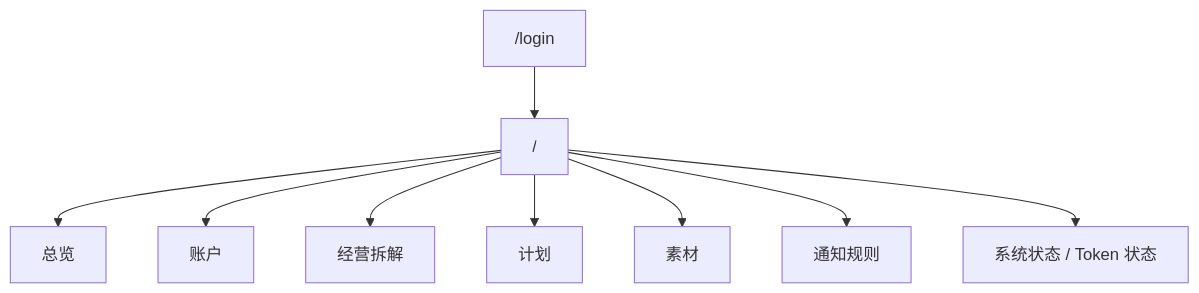
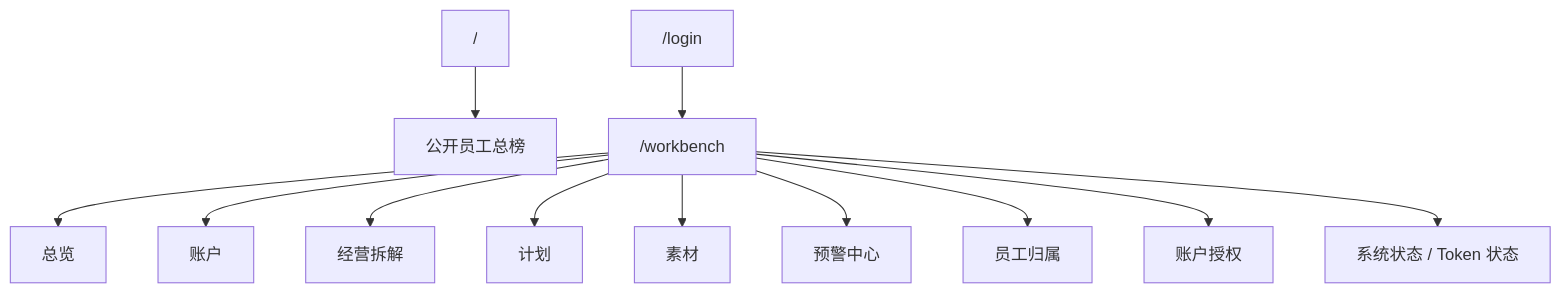
Before and after one commit to qa288/qc2026: the diagram in docs/standard/02_页面与交互说明.md, drawn with Mermaid. The commit also changed other lines of this file and 27 other files, not shown here.

Commit message:
Refactor workbench flows and add balance alerts

````diff
--- a/docs/standard/02_页面与交互说明.md
+++ b/docs/standard/02_页面与交互说明.md
@@ -5,11 +5,14 @@
 ```mermaid
 flowchart TD
-    A["/login"] --> B["/"]
-    B --> B1["总览"]
-    B --> B2["账户"]
-    B --> B3["经营拆解"]
-    B --> B4["计划"]
-    B --> B5["素材"]
-    B --> B6["通知规则"]
-    B --> B7["系统状态 / Token 状态"]
+    A["/"] --> A1["公开员工总榜"]
+    B["/login"] --> C["/workbench"]
+    C --> C1["总览"]
+    C --> C2["账户"]
+    C --> C3["经营拆解"]
+    C --> C4["计划"]
+    C --> C5["素材"]
+    C --> C6["预警中心"]
+    C --> C7["员工归属"]
+    C --> C8["账户授权"]
+    C --> C9["系统状态 / Token 状态"]
 ```
````
